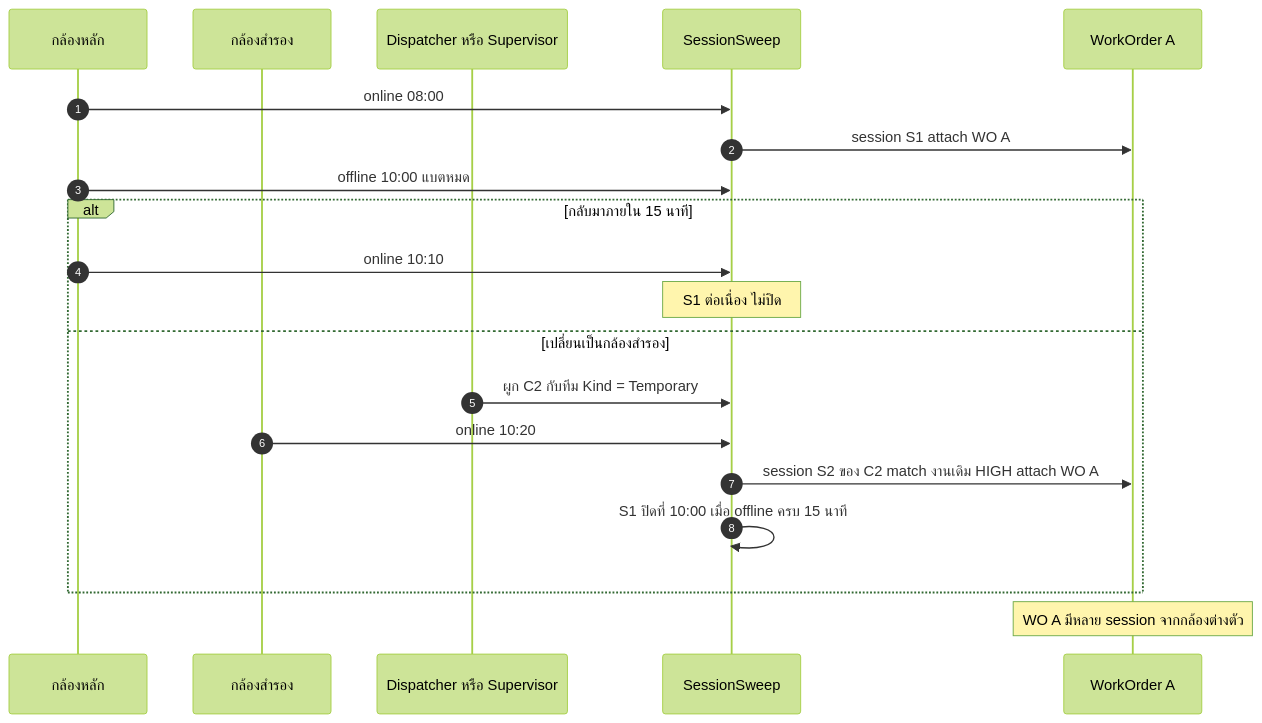
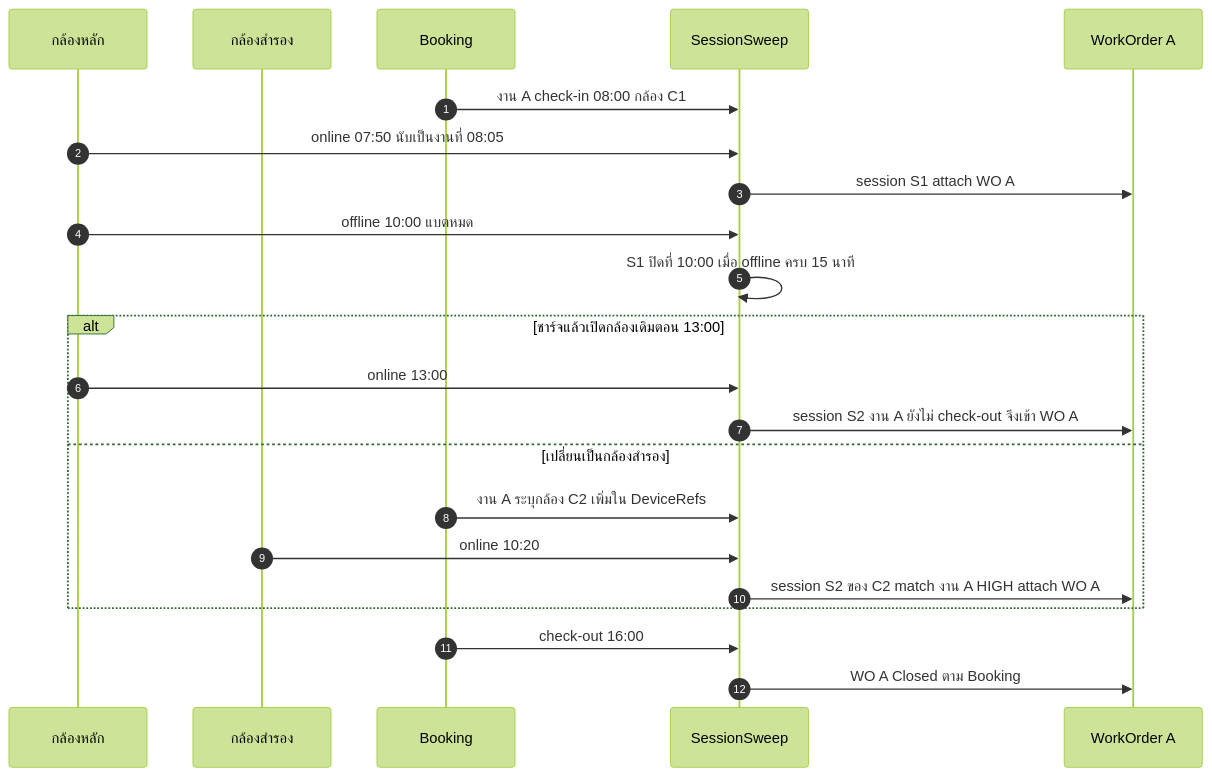
Before and after one commit to b-werayut/psd-bodycam-v1.0: the seventh of 12 diagrams in docs/blueprint/03-business-workflows.md, drawn with Mermaid (forest theme). The commit also changed other lines of this file and 8 other files, not shown here.

````diff
--- a/docs/blueprint/03-business-workflows.md
+++ b/docs/blueprint/03-business-workflows.md
@@ -264,23 +283,25 @@
 ```mermaid
 sequenceDiagram
   autonumber
   participant C1 as กล้องหลัก
   participant C2 as กล้องสำรอง
-  participant OP as Dispatcher หรือ Supervisor
+  participant BK as Booking
   participant SW as SessionSweep
   participant WO as WorkOrder A
 
-  C1->>SW: online 08:00
+  BK->>SW: งาน A check-in 08:00 กล้อง C1
+  C1->>SW: online 07:50 นับเป็นงานที่ 08:05
   SW->>WO: session S1 attach WO A
   C1->>SW: offline 10:00 แบตหมด
-  alt กลับมาภายใน 15 นาที
-    C1->>SW: online 10:10
-    Note over SW: S1 ต่อเนื่อง ไม่ปิด
+  SW->>SW: S1 ปิดที่ 10:00 เมื่อ offline ครบ 15 นาที
+  alt ชาร์จแล้วเปิดกล้องเดิมตอน 13:00
+    C1->>SW: online 13:00
+    SW->>WO: session S2 งาน A ยังไม่ check-out จึงเข้า WO A
   else เปลี่ยนเป็นกล้องสำรอง
-    OP->>SW: ผูก C2 กับทีม Kind = Temporary
+    BK->>SW: งาน A ระบุกล้อง C2 เพิ่มใน DeviceRefs
     C2->>SW: online 10:20
-    SW->>WO: session S2 ของ C2 match งานเดิม HIGH attach WO A
-    SW->>SW: S1 ปิดที่ 10:00 เมื่อ offline ครบ 15 นาที
+    SW->>WO: session S2 ของ C2 match งาน A HIGH attach WO A
   end
-  Note over WO: WO A มีหลาย session จากกล้องต่างตัว
+  BK->>SW: check-out 16:00
+  SW->>WO: WO A Closed ตาม Booking
 ```
````
